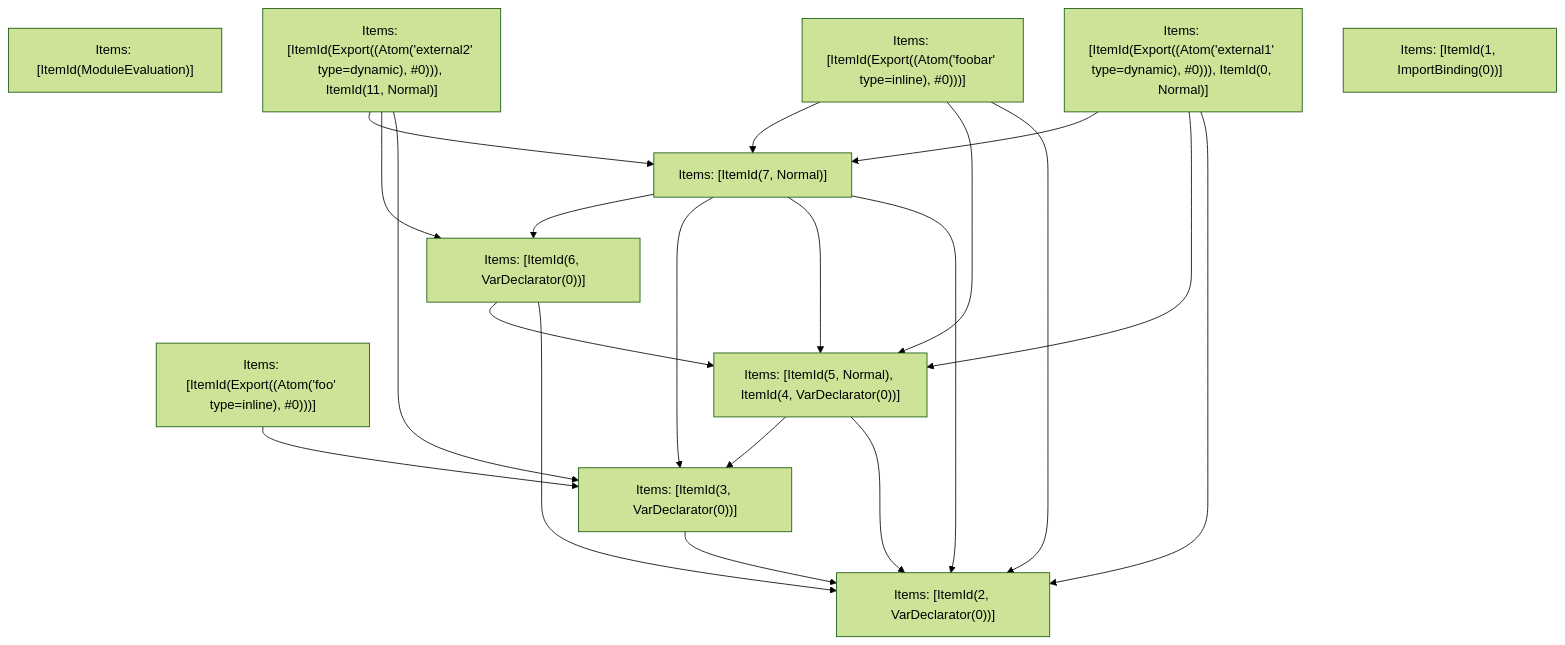
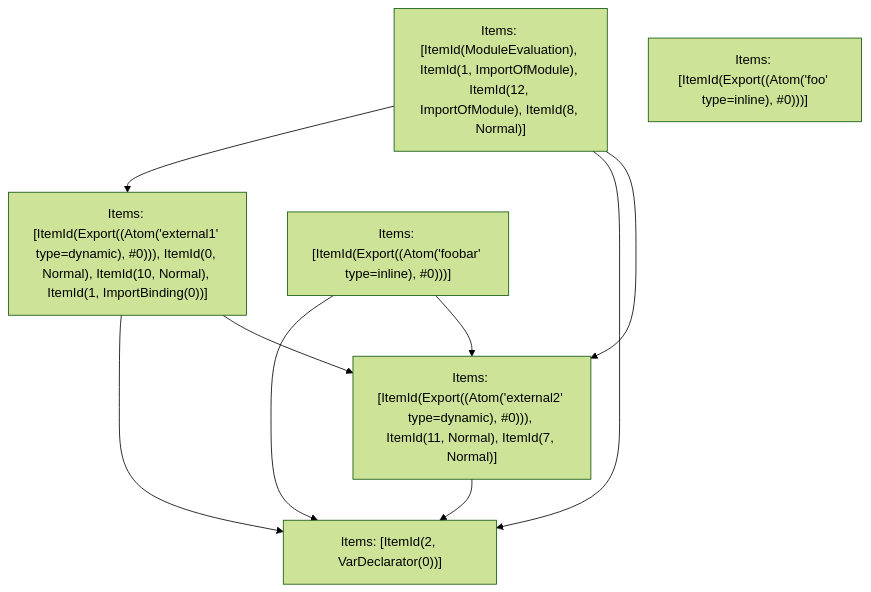
Before and after one commit to vercel/turborepo: the fifth of 5 diagrams in crates/turbopack-ecmascript/tests/tree-shaker/analyzer/2/output.md, drawn with Mermaid (forest theme). The commit also changed other lines of this file and 2 other files, not shown here.

Commit message:
Update test refs

````diff
--- a/crates/turbopack-ecmascript/tests/tree-shaker/analyzer/2/output.md
+++ b/crates/turbopack-ecmascript/tests/tree-shaker/analyzer/2/output.md
@@ -359,33 +359,17 @@
 ```mermaid
 graph TD
-    N0["Items: [ItemId(ModuleEvaluation)]"];
-    N1["Items: [ItemId(Export((Atom('external1' type=dynamic), #0))), ItemId(0, Normal)]"];
+    N0["Items: [ItemId(ModuleEvaluation), ItemId(1, ImportOfModule), ItemId(12, ImportOfModule), ItemId(8, Normal)]"];
+    N1["Items: [ItemId(Export((Atom('external1' type=dynamic), #0))), ItemId(0, Normal), ItemId(10, Normal), ItemId(1, ImportBinding(0))]"];
     N2["Items: [ItemId(Export((Atom('foobar' type=inline), #0)))]"];
     N3["Items: [ItemId(Export((Atom('foo' type=inline), #0)))]"];
-    N4["Items: [ItemId(Export((Atom('external2' type=dynamic), #0))), ItemId(11, Normal)]"];
-    N5["Items: [ItemId(1, ImportBinding(0))]"];
-    N6["Items: [ItemId(2, VarDeclarator(0))]"];
-    N7["Items: [ItemId(3, VarDeclarator(0))]"];
-    N8["Items: [ItemId(5, Normal), ItemId(4, VarDeclarator(0))]"];
-    N9["Items: [ItemId(6, VarDeclarator(0))]"];
-    N10["Items: [ItemId(7, Normal)]"];
-    N1 --> N6;
-    N1 --> N8;
-    N1 --> N10;
-    N2 --> N6;
-    N2 --> N8;
-    N2 --> N10;
-    N3 --> N7;
-    N4 --> N7;
-    N4 --> N9;
-    N4 --> N10;
-    N7 --> N6;
-    N8 --> N6;
-    N8 --> N7;
-    N9 --> N6;
-    N9 --> N8;
-    N10 --> N6;
-    N10 --> N8;
-    N10 --> N7;
-    N10 --> N9;
+    N4["Items: [ItemId(Export((Atom('external2' type=dynamic), #0))), ItemId(11, Normal), ItemId(7, Normal)]"];
+    N5["Items: [ItemId(2, VarDeclarator(0))]"];
+    N0 --> N1;
+    N0 --> N5;
+    N0 --> N4;
+    N1 --> N5;
+    N1 --> N4;
+    N2 --> N5;
+    N2 --> N4;
+    N4 --> N5;
 ```
````
